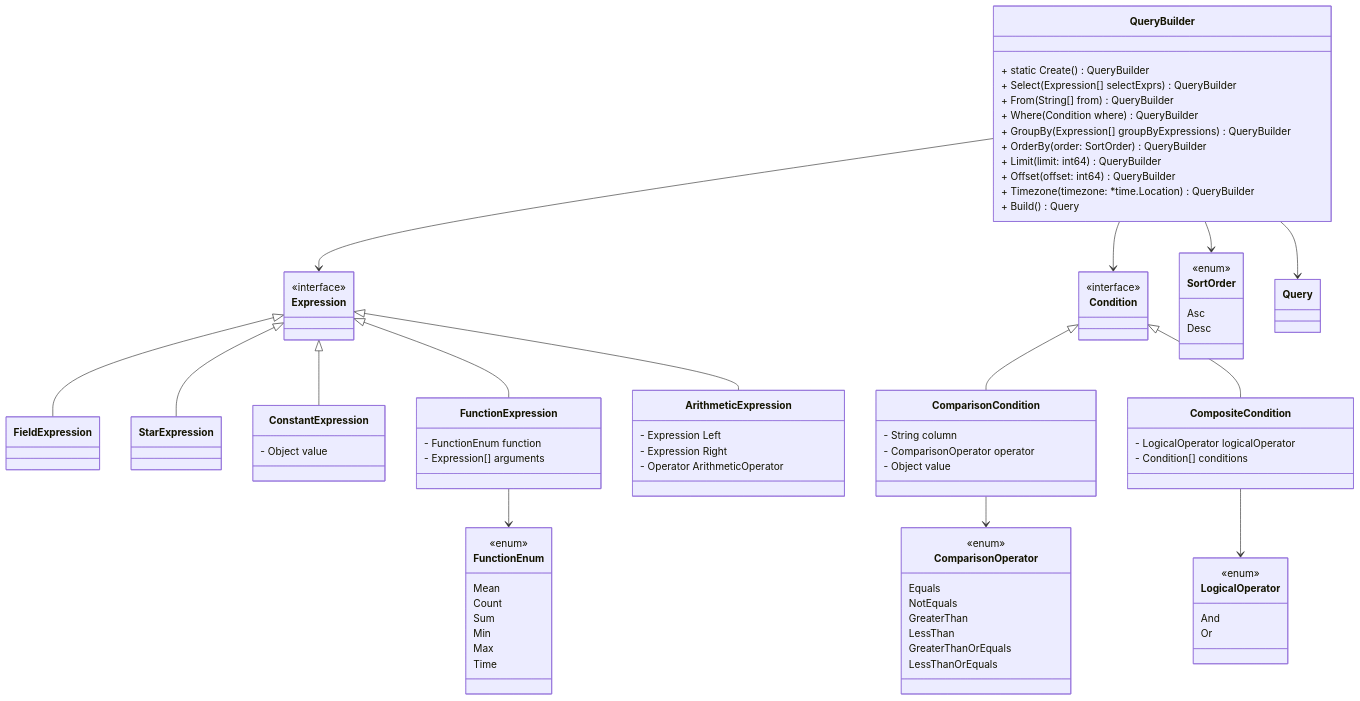
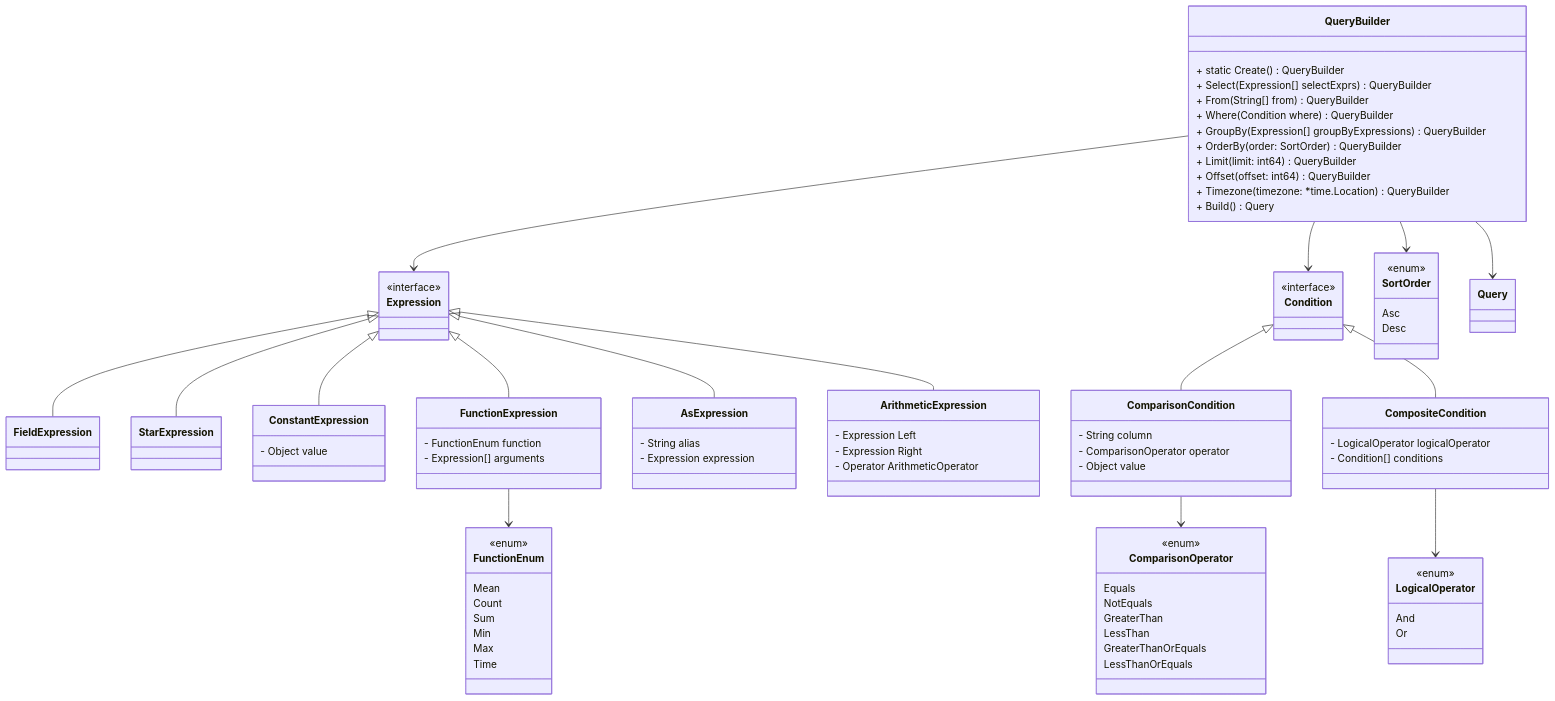
One commit to openGemini/openGemini.github.io changed the sixth of 9 diagrams in src/guide/develop/client_design.md. Above: the diagram before and after it, drawn with Mermaid. The commit also changed 1 other file, not shown here.

Commit message:
docs: add AsExpression design

```diff
--- a/src/guide/develop/client_design.md
+++ b/src/guide/develop/client_design.md
@@ -174,6 +174,11 @@
     class FunctionExpression {
         - FunctionEnum function
         - Expression[] arguments
+    }
+    
+    class AsExpression {
+        - String alias
+        - Expression expression
     }
 
     class ArithmeticExpression {
@@ -233,6 +238,7 @@
     Expression <|-- StarExpression
     Expression <|-- ConstantExpression
     Expression <|-- FunctionExpression
+    Expression <|-- AsExpression
     Expression <|-- ArithmeticExpression
     FunctionExpression --> FunctionEnum
     Condition <|-- ComparisonCondition
```
